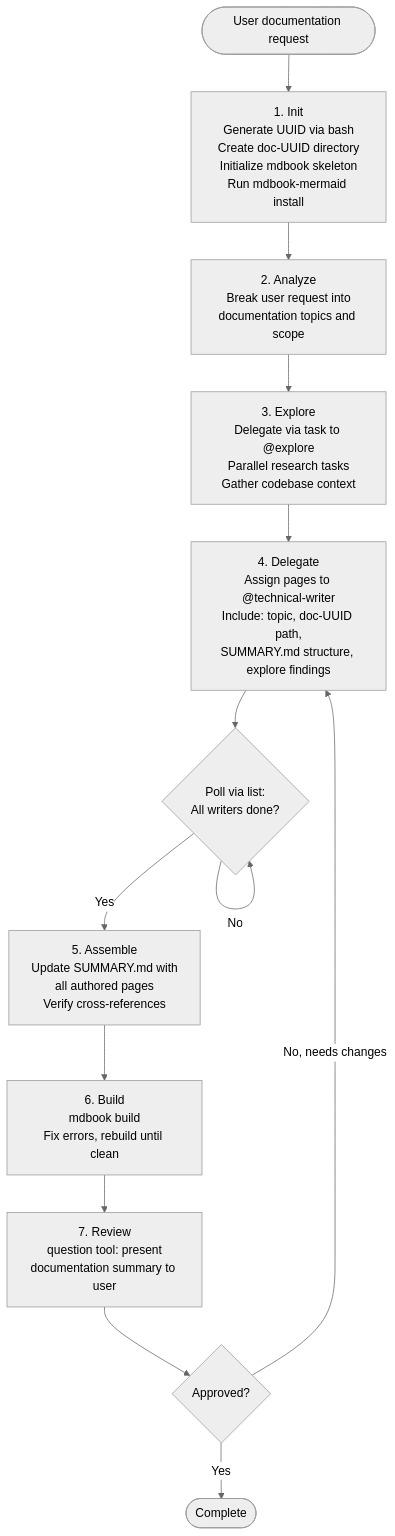
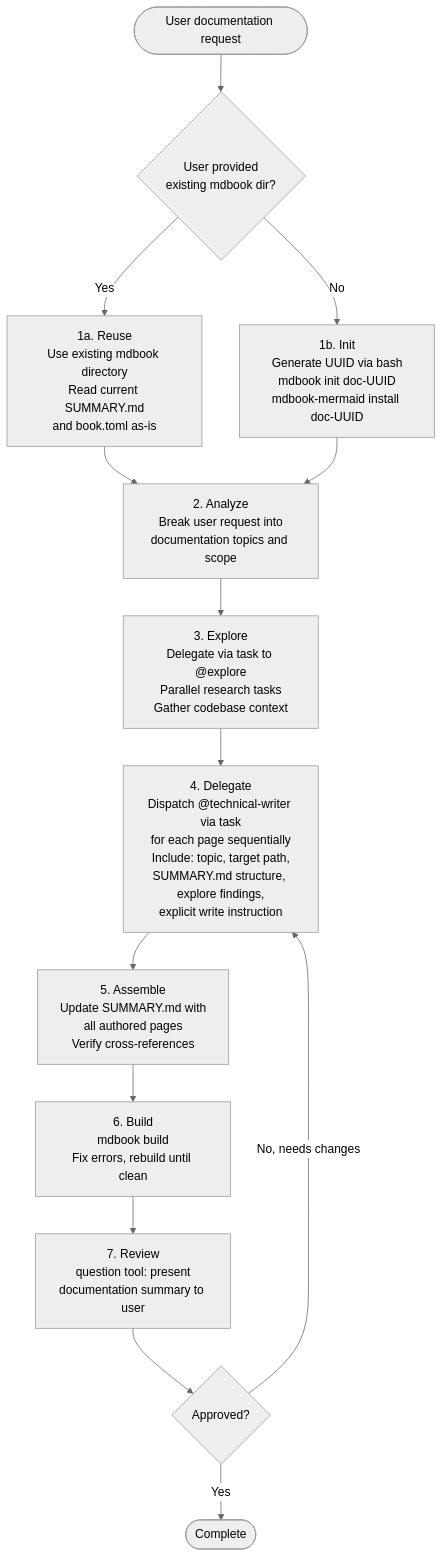
One commit to juliankahlert/opencode-config changed the diagram in pages/src/absurd/doc.md. Above: the diagram before and after it, drawn with Mermaid (neutral theme). The commit also changed other lines of this file and 4 other files, not shown here.

````diff
--- a/pages/src/absurd/doc.md
+++ b/pages/src/absurd/doc.md
@@ -20,26 +22,27 @@
 ```mermaid
 flowchart TD
-    START([User documentation request]) --> INIT
+    START([User documentation request]) --> CHECK
 
-    INIT["<span>1.</span> Init<br/>Generate UUID via bash<br/>Create doc-UUID directory<br/>Initialize mdbook skeleton<br/>Run mdbook-mermaid install"]
+    CHECK{User provided<br/>existing mdbook dir?}
+    CHECK -->|Yes| REUSE["<span>1a.</span> Reuse<br/>Use existing mdbook directory<br/>Read current SUMMARY.md<br/>and book.toml as-is"]
+    CHECK -->|No| INIT["<span>1b.</span> Init<br/>Generate UUID via bash<br/>mdbook init doc-UUID<br/>mdbook-mermaid install doc-UUID"]
 
-    INIT --> ANALYZE["<span>2.</span> Analyze<br/>Break user request into<br/>documentation topics and scope"]
+    REUSE --> ANALYZE
+    INIT --> ANALYZE
+
+    ANALYZE["<span>2.</span> Analyze<br/>Break user request into<br/>documentation topics and scope"]
 
     ANALYZE --> EXPLORE["<span>3.</span> Explore<br/>Delegate via task to @explore<br/>Parallel research tasks<br/>Gather codebase context"]
 
-    EXPLORE --> DELEGATE["<span>4.</span> Delegate<br/>Assign pages to @technical-writer<br/>Include: topic, doc-UUID path,<br/>SUMMARY.md structure, explore findings"]
+    EXPLORE --> DELEGATE["<span>4.</span> Delegate<br/>Dispatch @technical-writer via task<br/>for each page sequentially<br/>Include: topic, target path,<br/>SUMMARY.md structure, explore findings,<br/>explicit write instruction"]
 
-    DELEGATE --> POLL{Poll via list:<br/>All writers done?}
-    POLL -->|No| POLL
-    POLL -->|Yes| ASSEMBLE
-
-    ASSEMBLE["<span>5.</span> Assemble<br/>Update SUMMARY.md with<br/>all authored pages<br/>Verify cross-references"]
+    DELEGATE --> ASSEMBLE["<span>5.</span> Assemble<br/>Update SUMMARY.md with<br/>all authored pages<br/>Verify cross-references"]
 
     ASSEMBLE --> BUILD["<span>6.</span> Build<br/>mdbook build<br/>Fix errors, rebuild until clean"]
 
     BUILD --> REVIEW["<span>7.</span> Review<br/>question tool: present<br/>documentation summary to user"]
 
     REVIEW --> APPROVED{Approved?}
     APPROVED -->|No, needs changes| DELEGATE
     APPROVED -->|Yes| DONE([Complete])
 ```
````
